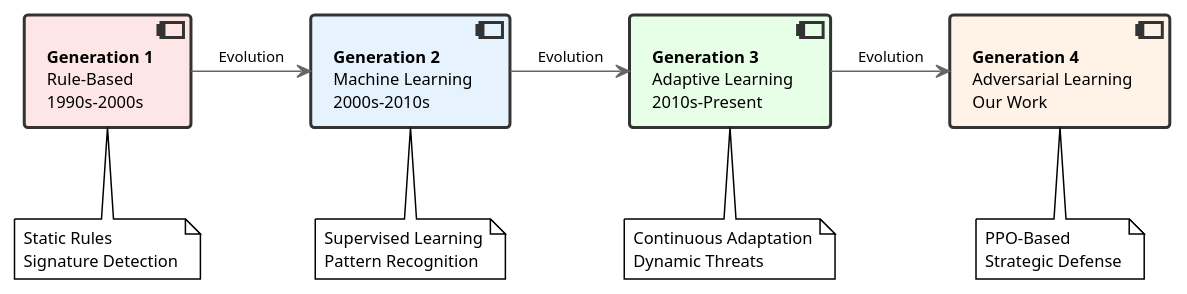
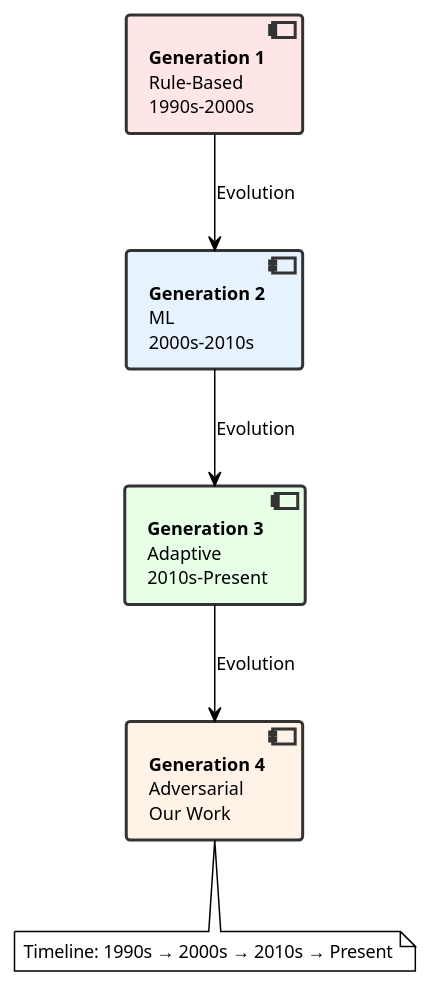
Before and after one commit to miracle078/cyberwheel-IX: the diagram in research_docs/plantuml_diagrams/tikz_to_plantuml_conversion/evolution_timeline_new.puml, drawn with PlantUML. The commit also changed 472 other files, not shown here.

```diff
--- a/research_docs/plantuml_diagrams/tikz_to_plantuml_conversion/evolution_timeline_new.puml
+++ b/research_docs/plantuml_diagrams/tikz_to_plantuml_conversion/evolution_timeline_new.puml
@@ -1,33 +1,24 @@
-@startuml evolution_timeline_horizontal
+@startuml evolution_timeline
 !theme plain
 skinparam backgroundColor #FFFFFF
 skinparam defaultFontName Arial
-skinparam defaultFontSize 11
+skinparam defaultFontSize 12
 
 skinparam component {
   BackgroundColor #F8F8F8
   BorderColor #333333
   BorderThickness 2
 }
 
-skinparam arrow {
-  Color #666666
-  FontSize 10
-}
+component [**Generation 1**\nRule-Based\n1990s-2000s] as Gen1 #FFE6E6
+component [**Generation 2**\nML\n2000s-2010s] as Gen2 #E6F3FF
+component [**Generation 3**\nAdaptive\n2010s-Present] as Gen3 #E6FFE6
+component [**Generation 4**\nAdversarial\nOur Work] as Gen4 #FFF2E6
 
-component [**Generation 1**\nRule-Based\n1990s-2000s] as Gen1 #FFE6E6
-component [**Generation 2**\nMachine Learning\n2000s-2010s] as Gen2 #E6F3FF
-component [**Generation 3**\nAdaptive Learning\n2010s-Present] as Gen3 #E6FFE6
-component [**Generation 4**\nAdversarial Learning\nOur Work] as Gen4 #FFF2E6
+Gen1 --> Gen2 : Evolution
+Gen2 --> Gen3 : Evolution
+Gen3 --> Gen4 : Evolution
 
-' Horizontal layout
-Gen1 -right-> Gen2 : Evolution
-Gen2 -right-> Gen3 : Evolution
-Gen3 -right-> Gen4 : Evolution
-
-note bottom of Gen1 : Static Rules\nSignature Detection
-note bottom of Gen2 : Supervised Learning\nPattern Recognition
-note bottom of Gen3 : Continuous Adaptation\nDynamic Threats
-note bottom of Gen4 : PPO-Based\nStrategic Defense
+note bottom : Timeline: 1990s → 2000s → 2010s → Present
 
 @enduml
```
